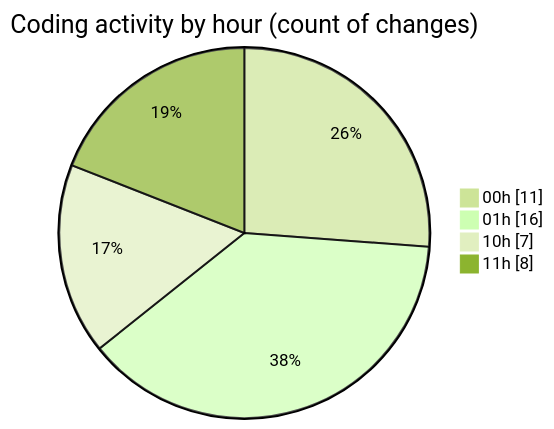
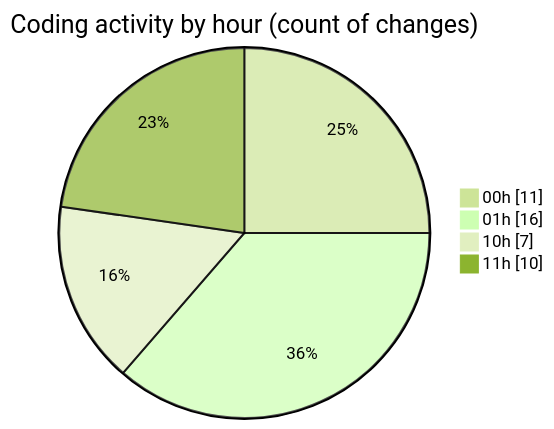
Before and after one commit to julien-gomy/code-tracking: the second of 2 diagrams in 2025-10-11/eventscop-frontend-guide__workspace_/README.md, drawn with Mermaid (forest theme). The commit also changed other lines of this file and 1 other file, not shown here.

````diff
--- a/2025-10-11/eventscop-frontend-guide__workspace_/README.md
+++ b/2025-10-11/eventscop-frontend-guide__workspace_/README.md
@@ -42,8 +42,8 @@
 ```mermaid
 pie showData
 title Coding activity by hour (count of changes)
 "00h" : 11
 "01h" : 16
 "10h" : 7
-"11h" : 8
+"11h" : 10
 ```
````
